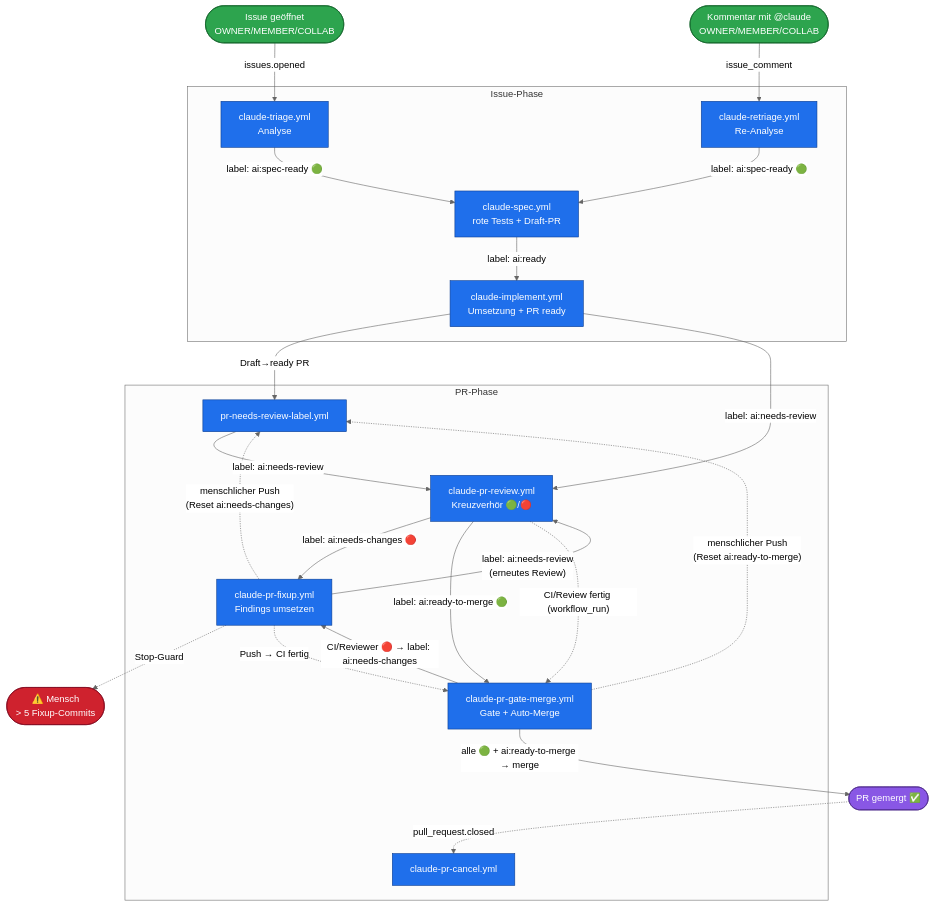
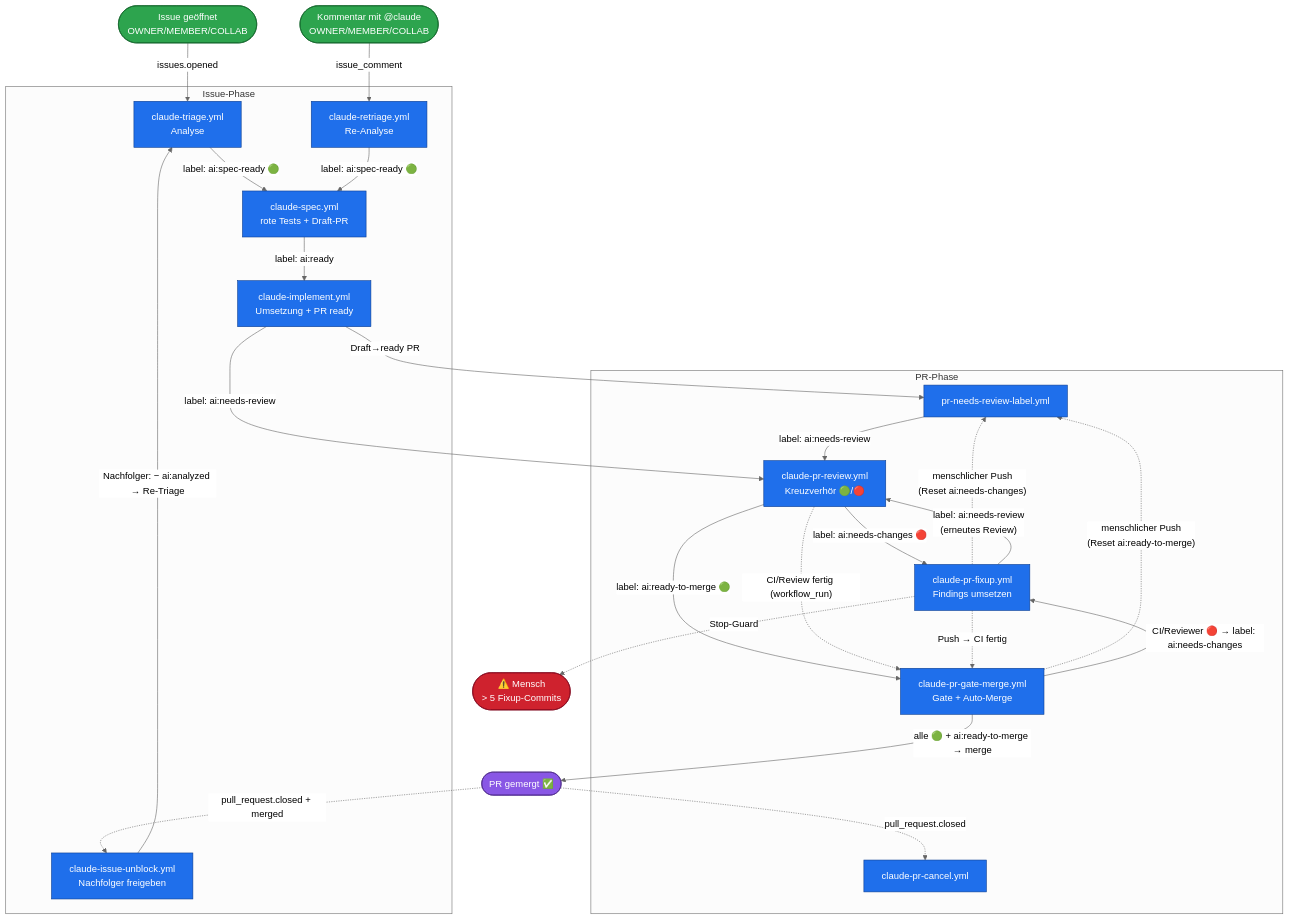
One commit to deleonio/priority-pilot changed the diagram in docs/pipeline-flow.md. Above: the diagram before and after it, drawn with Mermaid (neutral theme). The commit also changed other lines of this file and 4 other files, not shown here.

Commit message:
feat(pipeline): auto-unblock chained sub-issues after merge

````diff
--- a/docs/pipeline-flow.md
+++ b/docs/pipeline-flow.md
@@ -8,64 +8,69 @@
 ```mermaid
 flowchart TD
     %% ====== Eintritt ======
     start([Issue geöffnet<br/>OWNER/MEMBER/COLLAB]):::evt
     cmt([Kommentar mit @claude<br/>OWNER/MEMBER/COLLAB]):::evt
 
     %% ====== Issue-Phase ======
     subgraph ISSUE [Issue-Phase]
         triage[claude-triage.yml<br/>Analyse]:::wf
         retriage[claude-retriage.yml<br/>Re-Analyse]:::wf
         spec[claude-spec.yml<br/>rote Tests + Draft-PR]:::wf
         implement[claude-implement.yml<br/>Umsetzung + PR ready]:::wf
+        unblock[claude-issue-unblock.yml<br/>Nachfolger freigeben]:::wf
     end
 
     %% ====== PR-Phase ======
     subgraph PR [PR-Phase]
         autolabel[pr-needs-review-label.yml]:::wf
         review[claude-pr-review.yml<br/>Kreuzverhör 🟢/🔴]:::wf
         fixup[claude-pr-fixup.yml<br/>Findings umsetzen]:::wf
         gatemerge[claude-pr-gate-merge.yml<br/>Gate + Auto-Merge]:::wf
         cancel[claude-pr-cancel.yml]:::wf
     end
 
     merged([PR gemergt ✅]):::done
     human([⚠️ Mensch<br/>> 5 Fixup-Commits]):::stop
 
     %% ---- Issue-Trigger ----
     start -->|issues.opened| triage
     cmt -->|issue_comment| retriage
     triage -->|"label: ai:spec-ready 🟢"| spec
     retriage -->|"label: ai:spec-ready 🟢"| spec
     spec -->|"label: ai:ready"| implement
 
     %% ---- Übergang Issue -> PR ----
     implement -->|Draft→ready PR| autolabel
     implement -->|"label: ai:needs-review"| review
     autolabel -->|"label: ai:needs-review"| review
 
     %% ---- Push-Reset-Pfad (jeder menschliche Push auf den PR-Branch) ----
     gatemerge -.->|"menschlicher Push<br/>(Reset ai:ready-to-merge)"| autolabel
     fixup -.->|"menschlicher Push<br/>(Reset ai:needs-changes)"| autolabel
 
     %% ---- Review-Verzweigung ----
     review -->|"label: ai:needs-changes 🔴"| fixup
     review -->|"label: ai:ready-to-merge 🟢"| gatemerge
 
     %% ---- Fixup-Schleife ----
     fixup -->|"label: ai:needs-review<br/>(erneutes Review)"| review
     fixup -.->|"Stop-Guard"| human
 
     %% ---- Deterministisches Gate (workflow_run) ----
     review -.->|"CI/Review fertig (workflow_run)"| gatemerge
     fixup -.->|"Push → CI fertig"| gatemerge
     gatemerge -->|"CI/Reviewer 🔴 → label: ai:needs-changes"| fixup
     gatemerge -->|"alle 🟢 + ai:ready-to-merge → merge"| merged
 
     %% ---- Abschluss ----
     merged -.->|pull_request.closed| cancel
 
+    %% ---- Merge-getriebenes Unblocking aufeinander aufbauender Issues ----
+    merged -.->|"pull_request.closed + merged"| unblock
+    unblock -->|"Nachfolger: − ai:analyzed → Re-Triage"| triage
+
     classDef wf fill:#1f6feb,stroke:#0b3d91,color:#fff;
     classDef evt fill:#2da44e,stroke:#116329,color:#fff;
     classDef done fill:#8957e5,stroke:#4c2889,color:#fff;
     classDef stop fill:#cf222e,stroke:#82071e,color:#fff;
 ```
````
